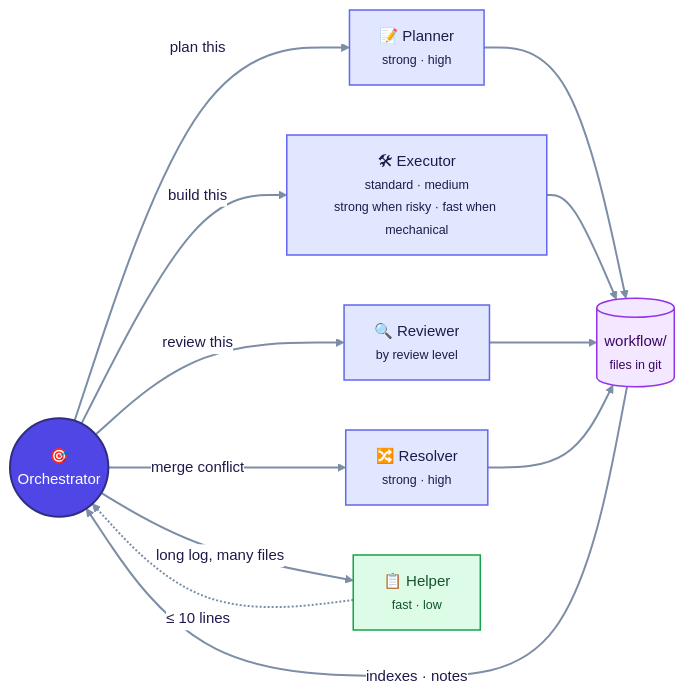
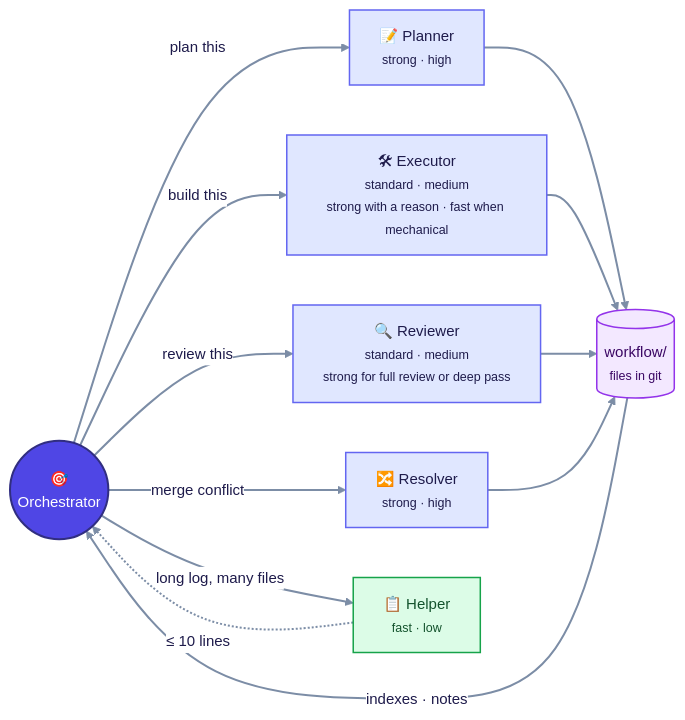
The second of 6 diagrams in autonomous-build-workflow/README.md (llunde/lelstack), drawn with Mermaid before and after one commit. The commit also changed other lines of this file and 9 other files, not shown here.

````diff
--- a/autonomous-build-workflow/README.md
+++ b/autonomous-build-workflow/README.md
@@ -127,33 +127,33 @@
 ```mermaid
 %%{init: {"theme": "base", "themeVariables": {"fontFamily": "-apple-system, Segoe UI, Helvetica, Arial, sans-serif", "fontSize": "15px", "primaryColor": "#EEF2FF", "primaryBorderColor": "#6366F1", "primaryTextColor": "#1E1B4B", "lineColor": "#7C8DA6", "clusterBkg": "#F8FAFC", "clusterBorder": "#CBD5E1", "edgeLabelBackground": "#FFFFFF", "tertiaryColor": "#F8FAFC"}}}%%
 flowchart LR
     O(("🎯<br/>Orchestrator"))
     PL["📝 Planner<br/><small>strong · high</small>"]
-    EX["🛠 Executor<br/><small>standard · medium<br/>strong when risky · fast when mechanical</small>"]
-    RV["🔍 Reviewer<br/><small>by review level</small>"]
+    EX["🛠 Executor<br/><small>standard · medium<br/>strong with a reason · fast when mechanical</small>"]
+    RV["🔍 Reviewer<br/><small>standard · medium<br/>strong for full review or deep pass</small>"]
     RS["🔀 Resolver<br/><small>strong · high</small>"]
     HP["📋 Helper<br/><small>fast · low</small>"]
     FS[("workflow/<br/><small>files in git</small>")]
     O -->|plan this| PL
     O -->|build this| EX
     O -->|review this| RV
     O -->|merge conflict| RS
     O -->|long log, many files| HP
     PL & EX & RV & RS --> FS
     HP -.->|≤ 10 lines| O
     FS ==>|indexes · notes| O
 
     classDef default fill:#EEF2FF,stroke:#6366F1,stroke-width:1.5px,color:#1E1B4B
     classDef human fill:#FEF3C7,stroke:#D97706,stroke-width:2px,color:#78350F
     classDef agent fill:#E0E7FF,stroke:#6366F1,stroke-width:1.5px,color:#1E1B4B
     classDef check fill:#DCFCE7,stroke:#16A34A,stroke-width:1.5px,color:#14532D
     classDef git fill:#F3E8FF,stroke:#9333EA,stroke-width:1.5px,color:#3B0764
     classDef stop fill:#FEE2E2,stroke:#DC2626,stroke-width:1.5px,color:#7F1D1D
     classDef done fill:#D1FAE5,stroke:#059669,stroke-width:2px,color:#064E3B
     classDef lead fill:#4F46E5,stroke:#312E81,stroke-width:2px,color:#FFFFFF
     linkStyle default stroke-width:2px
     class PL,EX,RV,RS agent
     class HP check
     class FS git
     class O lead
 ```
````
